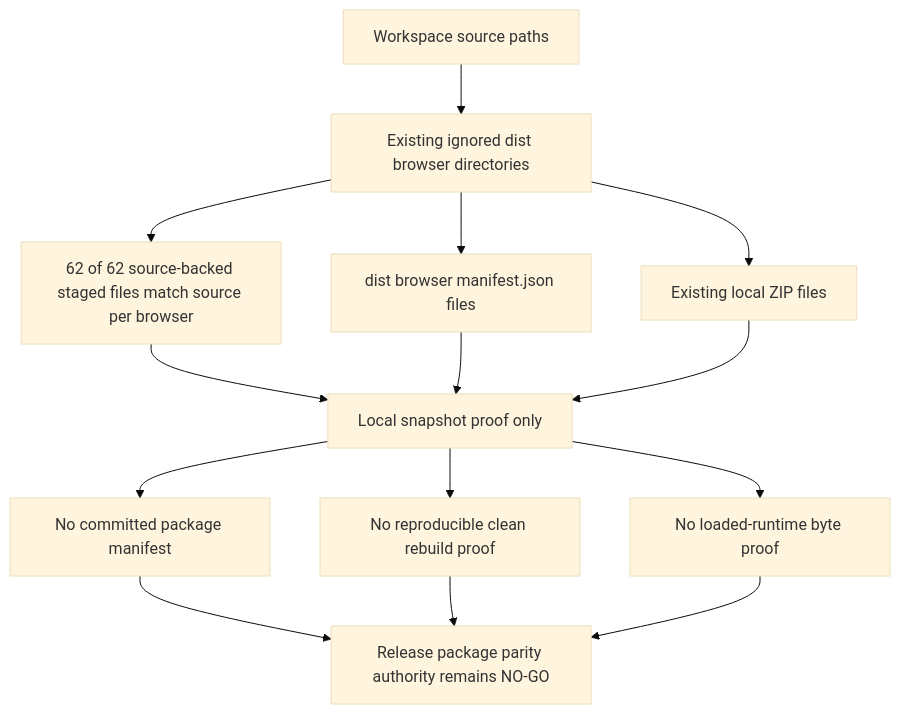
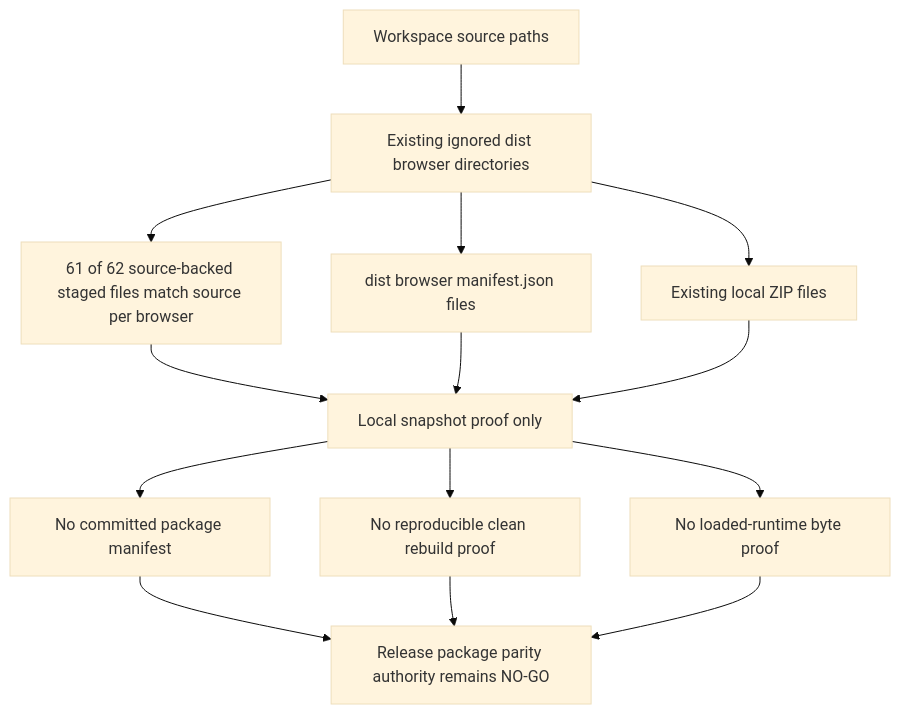
Before and after one commit to varshneydevansh/FilterTube: the ninth of 9 diagrams in docs/audit/FILTERTUBE_P0_RELEASE_PACKAGE_CURRENT_BEHAVIOR_2026-05-19.md, drawn with Mermaid (base theme). The commit also changed other lines of this file and 26 other files, not shown here.

````diff
--- a/docs/audit/FILTERTUBE_P0_RELEASE_PACKAGE_CURRENT_BEHAVIOR_2026-05-19.md
+++ b/docs/audit/FILTERTUBE_P0_RELEASE_PACKAGE_CURRENT_BEHAVIOR_2026-05-19.md
@@ -716,16 +716,16 @@
 ```mermaid
 flowchart TD
   A["Workspace source paths"] --> B["Existing ignored dist browser directories"]
-  B --> C["62 of 62 source-backed staged files match source per browser"]
+  B --> C["61 of 62 source-backed staged files match source per browser"]
   B --> D["dist browser manifest.json files"]
   B --> E["Existing local ZIP files"]
   C --> F["Local snapshot proof only"]
   D --> F
   E --> F
   F --> G["No committed package manifest"]
   F --> H["No reproducible clean rebuild proof"]
   F --> I["No loaded-runtime byte proof"]
   G --> J["Release package parity authority remains NO-GO"]
   H --> J
   I --> J
 ```
````
